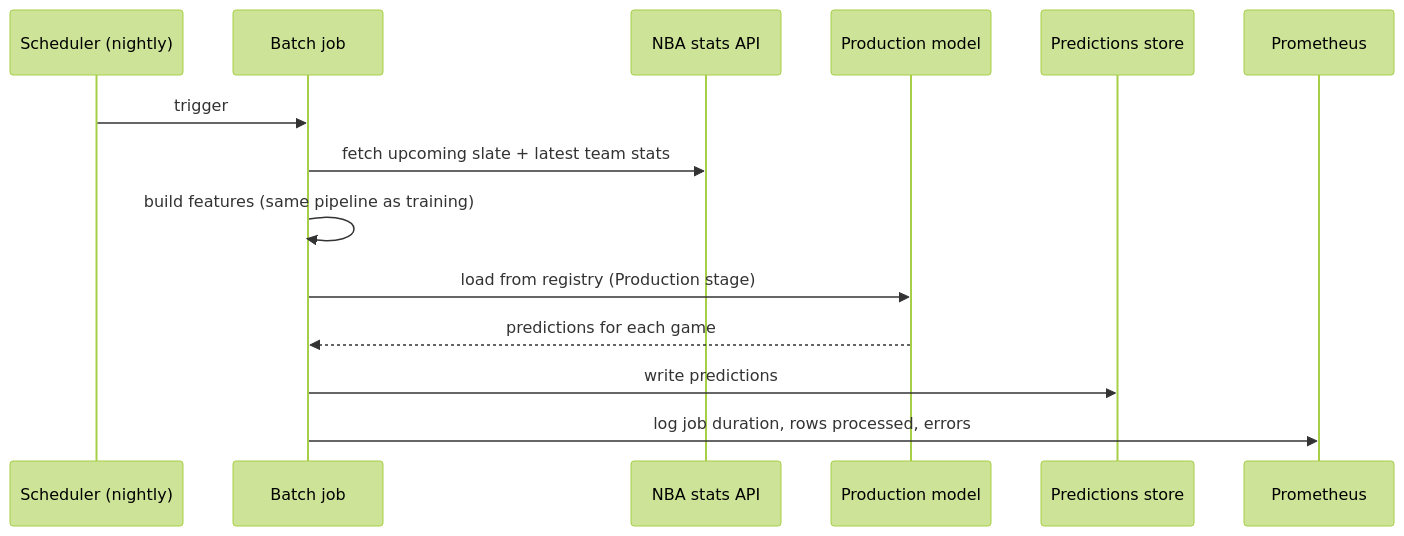
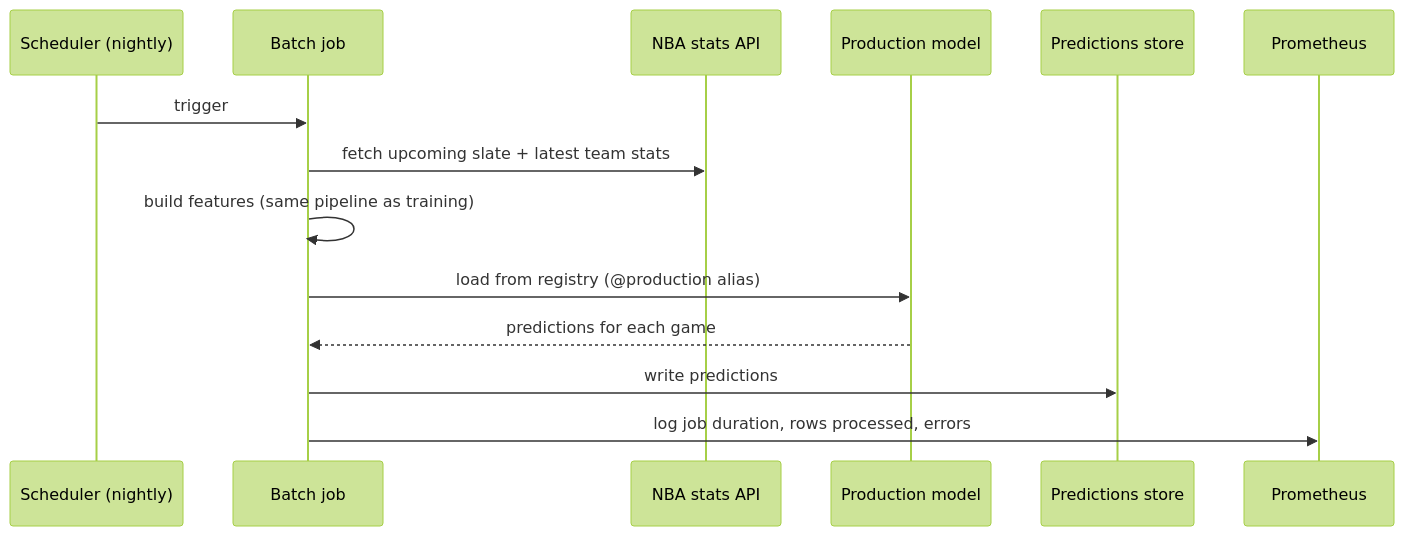
The third of 3 diagrams in documentation/ARCHITECTURE.md (Lowcol/NBA_Prediction), drawn with Mermaid (forest theme) before and after one commit. The commit also changed other lines of this file and 5 other files, not shown here.

````diff
--- a/documentation/ARCHITECTURE.md
+++ b/documentation/ARCHITECTURE.md
@@ -112,17 +118,17 @@
 ```mermaid
 sequenceDiagram
     participant Cron as Scheduler (nightly)
     participant Batch as Batch job
     participant API_NBA as NBA stats API
     participant Model as Production model
     participant Store as Predictions store
     participant Metrics as Prometheus
 
     Cron->>Batch: trigger
     Batch->>API_NBA: fetch upcoming slate + latest team stats
     Batch->>Batch: build features (same pipeline as training)
-    Batch->>Model: load from registry (Production stage)
+    Batch->>Model: load from registry (@production alias)
     Model-->>Batch: predictions for each game
     Batch->>Store: write predictions
     Batch->>Metrics: log job duration, rows processed, errors
 ```
````
